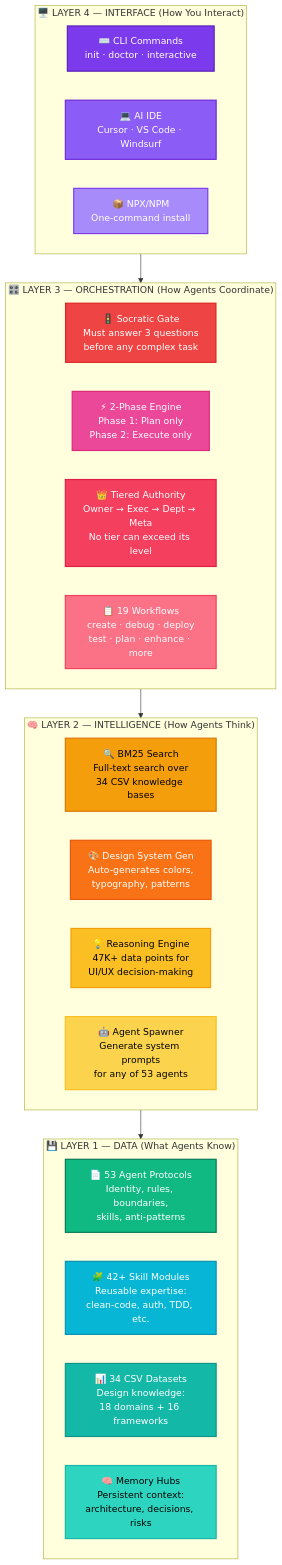
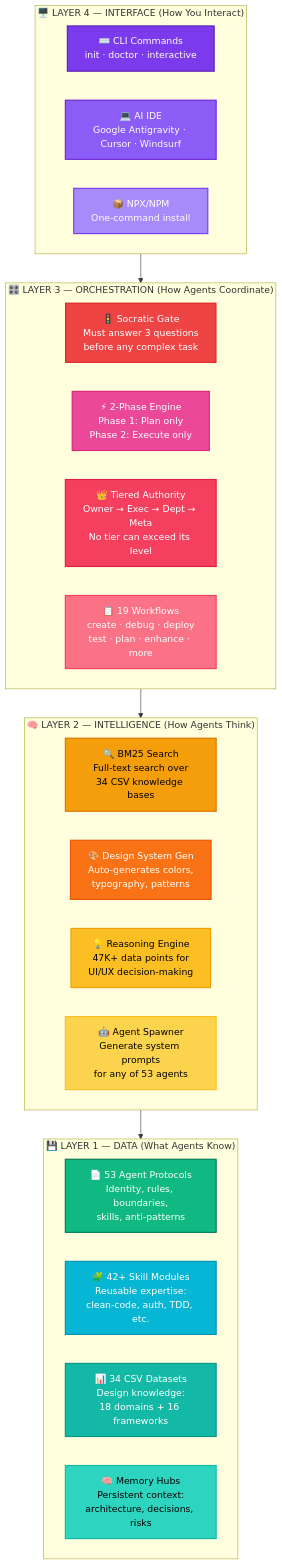
Before and after one commit to Ab-aswini/Agent-kit-P1: the third of 7 diagrams in README.md, drawn with Mermaid. The commit also changed other lines of this file, not shown here.

Commit message:
docs: elite aesthetic overhaul, injected Google Antigravity support, and optimized SEO for GitHub search

````diff
--- a/README.md
+++ b/README.md
@@ -291,51 +291,51 @@
 ```mermaid
 %%{init: {'theme': 'default'}}%%
 
 graph TD
   subgraph L4["🖥️ LAYER 4 — INTERFACE  (How You Interact)"]
     CLI["⌨️ CLI Commands<br/>init · doctor · interactive"]
-    IDE["💻 AI IDE<br/>Cursor · VS Code · Windsurf"]
+    IDE["💻 AI IDE<br/>Google Antigravity · Cursor · Windsurf"]
     NPX["📦 NPX/NPM<br/>One-command install"]
   end
 
   subgraph L3["🎛️ LAYER 3 — ORCHESTRATION  (How Agents Coordinate)"]
     GATE["🚦 Socratic Gate<br/>Must answer 3 questions<br/>before any complex task"]
     PHASE["⚡ 2-Phase Engine<br/>Phase 1: Plan only<br/>Phase 2: Execute only"]
     GOV["👑 Tiered Authority<br/>Owner → Exec → Dept → Meta<br/>No tier can exceed its level"]
     WF["📋 19 Workflows<br/>create · debug · deploy<br/>test · plan · enhance · more"]
   end
 
   subgraph L2["🧠 LAYER 2 — INTELLIGENCE  (How Agents Think)"]
     BM25["🔍 BM25 Search<br/>Full-text search over<br/>34 CSV knowledge bases"]
     DSG["🎨 Design System Gen<br/>Auto-generates colors,<br/>typography, patterns"]
     REASON["💡 Reasoning Engine<br/>47K+ data points for<br/>UI/UX decision-making"]
     SPAWN["🤖 Agent Spawner<br/>Generate system prompts<br/>for any of 53 agents"]
   end
 
   subgraph L1["💾 LAYER 1 — DATA  (What Agents Know)"]
     AGENTS["📄 53 Agent Protocols<br/>Identity, rules, boundaries,<br/>skills, anti-patterns"]
     SKILLS["🧩 42+ Skill Modules<br/>Reusable expertise:<br/>clean-code, auth, TDD, etc."]
     CSV["📊 34 CSV Datasets<br/>Design knowledge:<br/>18 domains + 16 frameworks"]
     MEM["🧠 Memory Hubs<br/>Persistent context:<br/>architecture, decisions, risks"]
   end
 
   L4 --> L3
   L3 --> L2
   L2 --> L1
 
   style CLI fill:#7C3AED,stroke:#5B21B6,stroke-width:2px,color:#fff
   style IDE fill:#8B5CF6,stroke:#6D28D9,stroke-width:2px,color:#fff
   style NPX fill:#A78BFA,stroke:#7C3AED,stroke-width:2px,color:#fff
   style GATE fill:#EF4444,stroke:#DC2626,stroke-width:2px,color:#fff
   style PHASE fill:#EC4899,stroke:#DB2777,stroke-width:2px,color:#fff
   style GOV fill:#F43F5E,stroke:#E11D48,stroke-width:2px,color:#fff
   style WF fill:#FB7185,stroke:#F43F5E,stroke-width:2px,color:#fff
   style BM25 fill:#F59E0B,stroke:#D97706,stroke-width:2px,color:#000
   style DSG fill:#F97316,stroke:#EA580C,stroke-width:2px,color:#fff
   style REASON fill:#FBBF24,stroke:#F59E0B,stroke-width:2px,color:#000
   style SPAWN fill:#FCD34D,stroke:#FBBF24,stroke-width:2px,color:#000
   style AGENTS fill:#10B981,stroke:#047857,stroke-width:2px,color:#fff
   style SKILLS fill:#06B6D4,stroke:#0891B2,stroke-width:2px,color:#fff
   style CSV fill:#14B8A6,stroke:#0D9488,stroke-width:2px,color:#fff
   style MEM fill:#2DD4BF,stroke:#14B8A6,stroke-width:2px,color:#000
 ```
````
